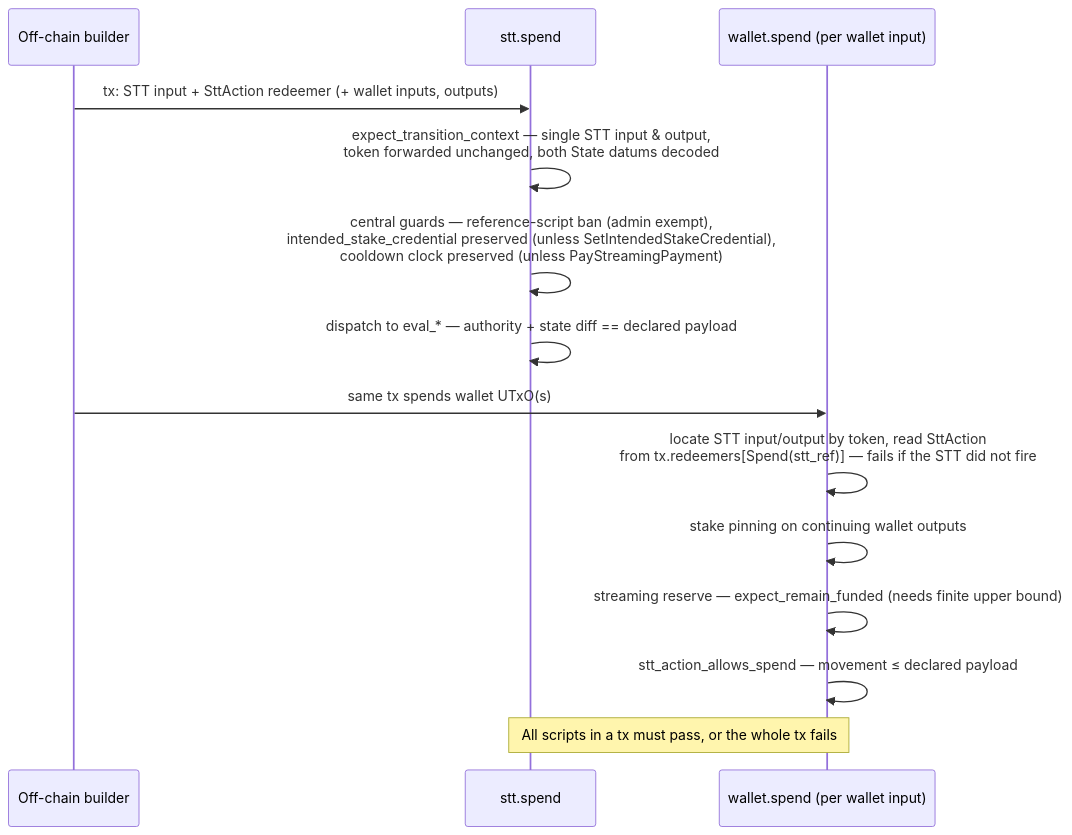
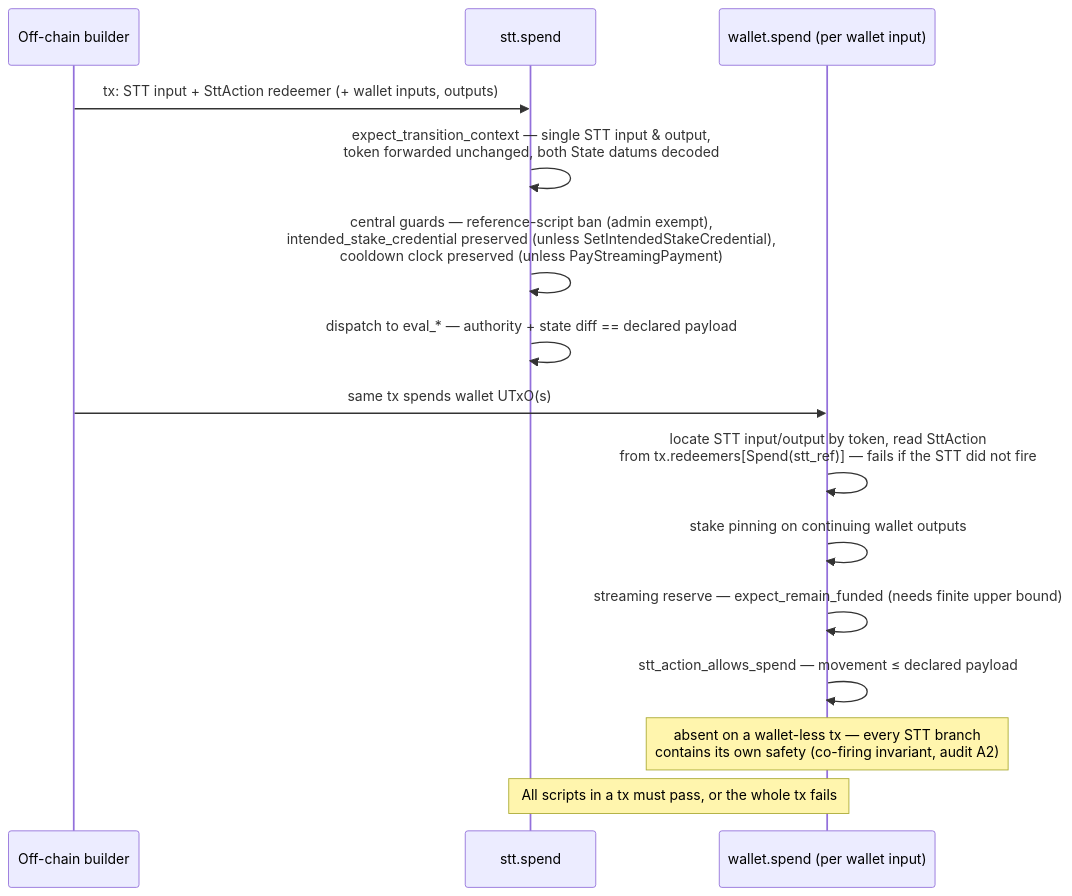
The second of 5 diagrams in code/smart-contract/INTERACTIONS.md (schaier-io/epora-wallet), drawn with Mermaid before and after one commit. The commit also changed other lines of this file and 72 other files, not shown here.

````diff
--- a/code/smart-contract/INTERACTIONS.md
+++ b/code/smart-contract/INTERACTIONS.md
@@ -41,16 +42,17 @@
 ```mermaid
 sequenceDiagram
   participant B as Off-chain builder
   participant S as stt.spend
   participant W as wallet.spend (per wallet input)
   B->>S: tx: STT input + SttAction redeemer (+ wallet inputs, outputs)
   S->>S: expect_transition_context — single STT input & output,<br/>token forwarded unchanged, both State datums decoded
   S->>S: central guards — reference-script ban (admin exempt),<br/>intended_stake_credential preserved (unless SetIntendedStakeCredential),<br/>cooldown clock preserved (unless PayStreamingPayment)
   S->>S: dispatch to eval_* — authority + state diff == declared payload
   B->>W: same tx spends wallet UTxO(s)
   W->>W: locate STT input/output by token, read SttAction<br/>from tx.redeemers[Spend(stt_ref)] — fails if the STT did not fire
   W->>W: stake pinning on continuing wallet outputs
   W->>W: streaming reserve — expect_remain_funded (needs finite upper bound)
   W->>W: stt_action_allows_spend — movement ≤ declared payload
+  Note over W: absent on a wallet-less tx — every STT branch<br/>contains its own safety (co-firing invariant, audit A2)
   Note over S,W: All scripts in a tx must pass, or the whole tx fails
 ```
````
